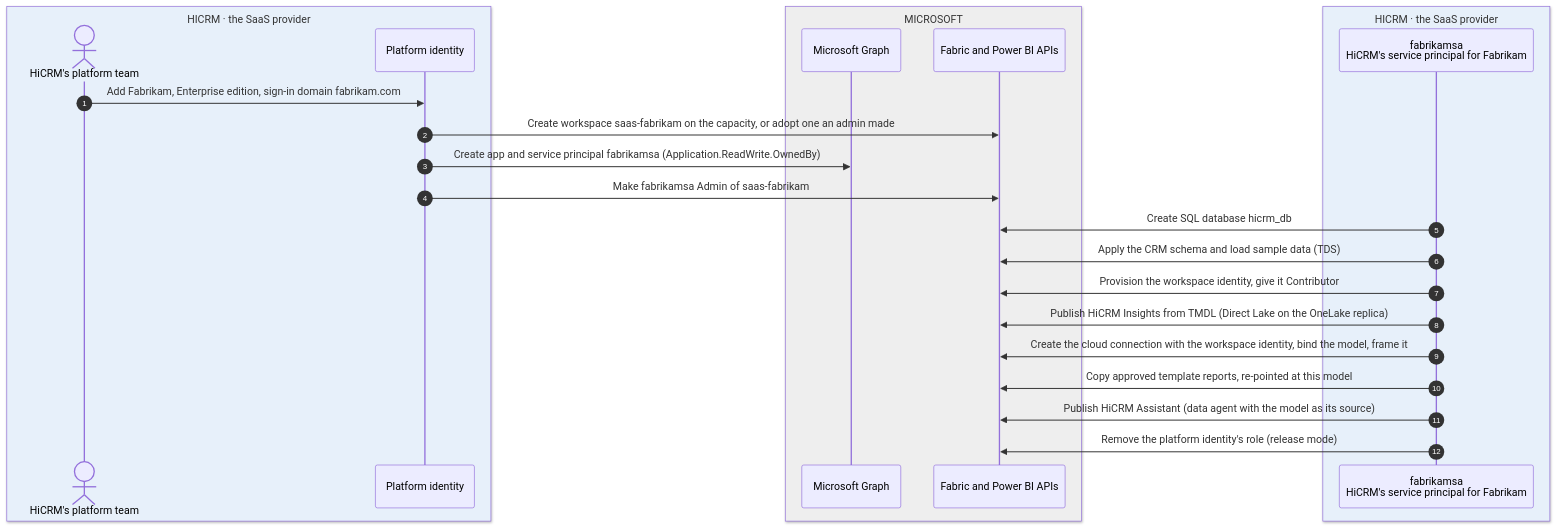
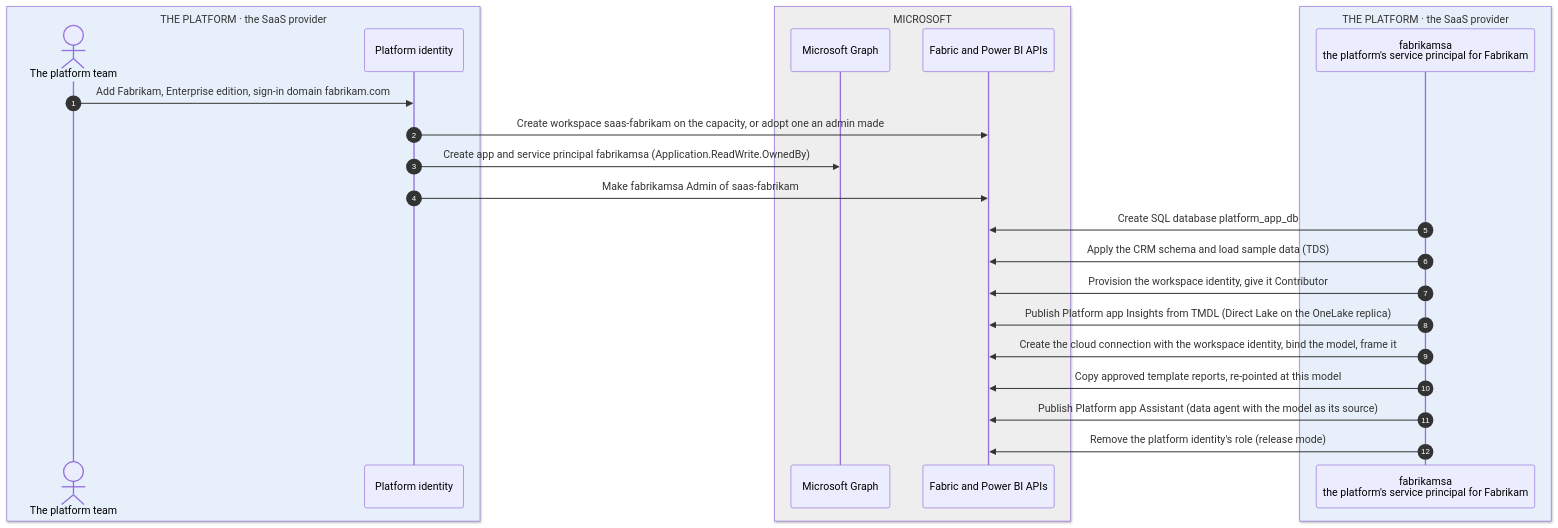
The fourth of 7 diagrams in saas-platform/ARCHITECTURE.md (apkola29/fabric), drawn with Mermaid before and after one commit. The commit also changed other lines of this file and 72 other files, not shown here.

First line of the commit message:
saas-platform: rename HiCRM to the platform app; official Fabric icons

````diff
--- a/saas-platform/ARCHITECTURE.md
+++ b/saas-platform/ARCHITECTURE.md
@@ -285,28 +286,28 @@
 ```mermaid
 sequenceDiagram
   autonumber
-  box rgb(231,240,250) HICRM · the SaaS provider
-    actor Ops as HiCRM's platform team
+  box rgb(231,240,250) THE PLATFORM · the SaaS provider
+    actor Ops as The platform team
     participant P as Platform identity
   end
   box rgb(238,238,238) MICROSOFT
     participant G as Microsoft Graph
     participant F as Fabric and Power BI APIs
   end
-  box rgb(231,240,250) HICRM · the SaaS provider
-    participant SA as fabrikamsa<br/>HiCRM's service principal for Fabrikam
+  box rgb(231,240,250) THE PLATFORM · the SaaS provider
+    participant SA as fabrikamsa<br/>the platform's service principal for Fabrikam
   end
 
   Ops->>P: Add Fabrikam, Enterprise edition, sign-in domain fabrikam.com
   P->>F: Create workspace saas-fabrikam on the capacity, or adopt one an admin made
   P->>G: Create app and service principal fabrikamsa (Application.ReadWrite.OwnedBy)
   P->>F: Make fabrikamsa Admin of saas-fabrikam
-  SA->>F: Create SQL database hicrm_db
+  SA->>F: Create SQL database platform_app_db
   SA->>F: Apply the CRM schema and load sample data (TDS)
   SA->>F: Provision the workspace identity, give it Contributor
-  SA->>F: Publish HiCRM Insights from TMDL (Direct Lake on the OneLake replica)
+  SA->>F: Publish Platform app Insights from TMDL (Direct Lake on the OneLake replica)
   SA->>F: Create the cloud connection with the workspace identity, bind the model, frame it
   SA->>F: Copy approved template reports, re-pointed at this model
-  SA->>F: Publish HiCRM Assistant (data agent with the model as its source)
+  SA->>F: Publish Platform app Assistant (data agent with the model as its source)
   SA->>F: Remove the platform identity's role (release mode)
 ```
````
